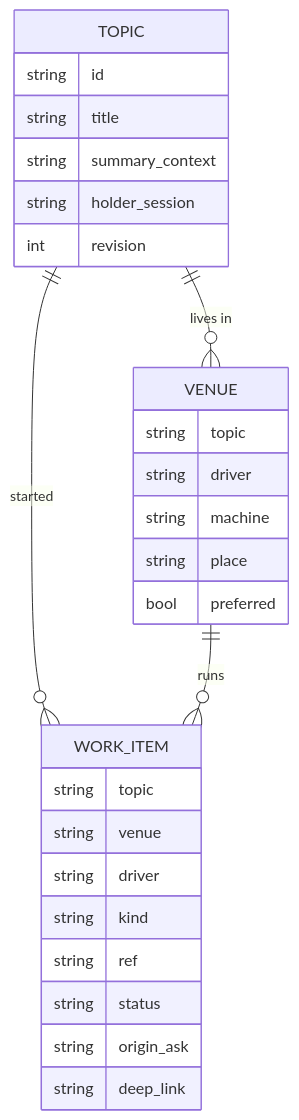
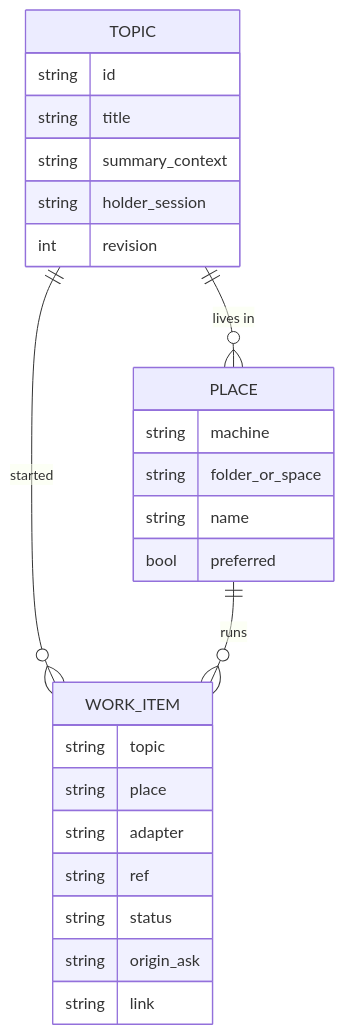
Before and after one commit to lsm/HyperNeo: the second of 11 diagrams in docs/architecture/neo-driver-model.md, drawn with Mermaid. The commit also changed other lines of this file, not shown here.

First line of the commit message:
docs: revise the Neo driver model around swappable adapters

````diff
--- a/docs/architecture/neo-driver-model.md
+++ b/docs/architecture/neo-driver-model.md
@@ -83,30 +145,28 @@
 ```mermaid
 erDiagram
-  TOPIC ||--o{ VENUE : "lives in"
+  TOPIC ||--o{ PLACE : "lives in"
   TOPIC ||--o{ WORK_ITEM : "started"
-  VENUE ||--o{ WORK_ITEM : "runs"
+  PLACE ||--o{ WORK_ITEM : "runs"
   TOPIC {
     string id
     string title
     string summary_context
     string holder_session
     int revision
   }
-  VENUE {
-    string topic
-    string driver
+  PLACE {
     string machine
-    string place
+    string folder_or_space
+    string name
     bool preferred
   }
   WORK_ITEM {
     string topic
-    string venue
-    string driver
-    string kind
+    string place
+    string adapter
     string ref
     string status
     string origin_ask
-    string deep_link
+    string link
   }
 ```
````
